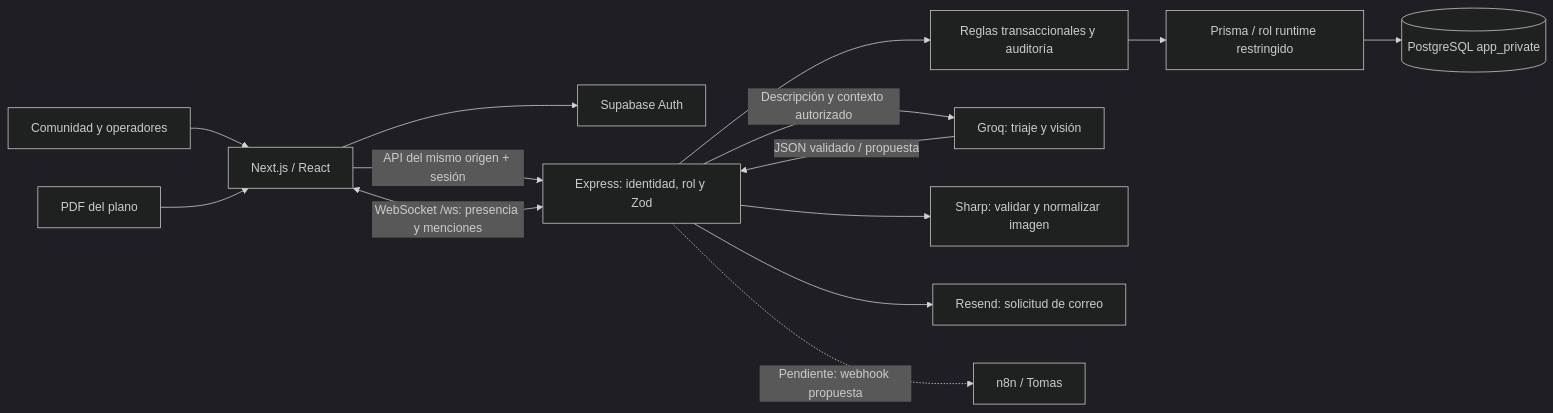
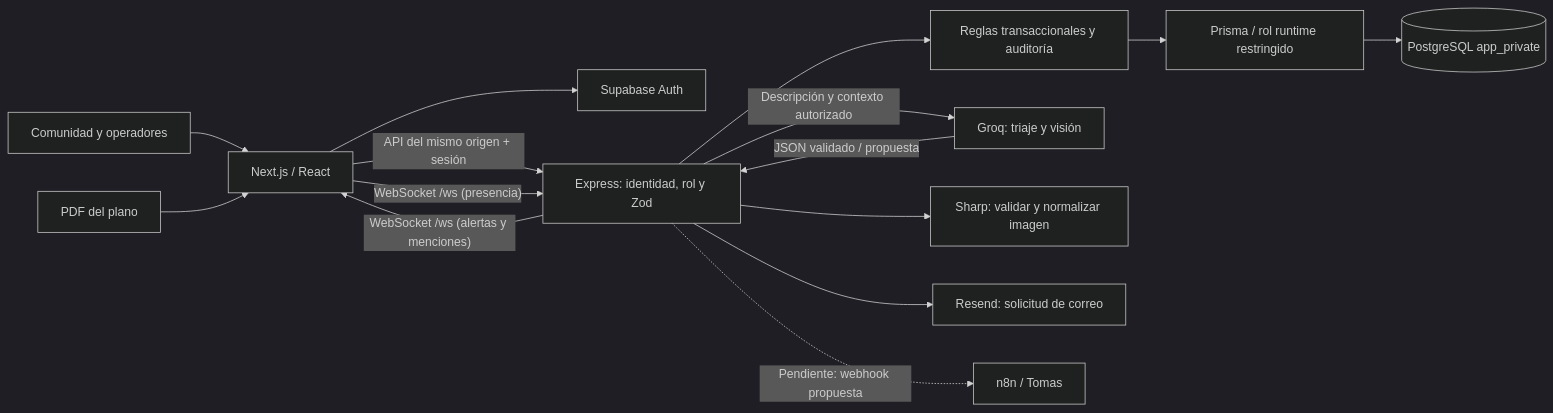
The first of 3 diagrams in README.md (DEIMER-PY/CampusOPS), drawn with Mermaid (dark theme) before and after one commit. The commit also changed other lines of this file and 2 other files, not shown here.

Commit message:
docs: 📝 corrige sintaxis estricta de diagramas Mermaid en README y docs

````diff
--- a/README.md
+++ b/README.md
@@ -72,16 +72,17 @@
 ```mermaid
 flowchart LR
-  U[Comunidad y operadores] --> WEB[Next.js / React]
-  WEB --> AUTH[Supabase Auth]
-  WEB -->|API del mismo origen + sesión| API[Express: identidad, rol y Zod]
-  WEB <-->|WebSocket /ws: presencia y menciones| API
-  API --> RULES[Reglas transaccionales y auditoría]
-  RULES --> ORM[Prisma / rol runtime restringido]
-  ORM --> DB[(PostgreSQL app_private)]
-  API -->|Descripción y contexto autorizado| GROQ[Groq: triaje y visión]
-  GROQ -->|JSON validado / propuesta| API
-  API --> SHARP[Sharp: validar y normalizar imagen]
-  API --> MAIL[Resend: solicitud de correo]
-  API -.->|Pendiente: webhook propuesta| N8N[n8n / Tomas]
-  PDF[PDF del plano] --> WEB
+  U["Comunidad y operadores"] --> WEB["Next.js / React"]
+  WEB --> AUTH["Supabase Auth"]
+  WEB -->|"API del mismo origen + sesión"| API["Express: identidad, rol y Zod"]
+  WEB -->|"WebSocket /ws (presencia)"| API
+  API -->|"WebSocket /ws (alertas y menciones)"| WEB
+  API --> RULES["Reglas transaccionales y auditoría"]
+  RULES --> ORM["Prisma / rol runtime restringido"]
+  ORM --> DB[("PostgreSQL app_private")]
+  API -->|"Descripción y contexto autorizado"| GROQ["Groq: triaje y visión"]
+  GROQ -->|"JSON validado / propuesta"| API
+  API --> SHARP["Sharp: validar y normalizar imagen"]
+  API --> MAIL["Resend: solicitud de correo"]
+  API -.->|"Pendiente: webhook propuesta"| N8N["n8n / Tomas"]
+  PDF["PDF del plano"] --> WEB
 ```
````
